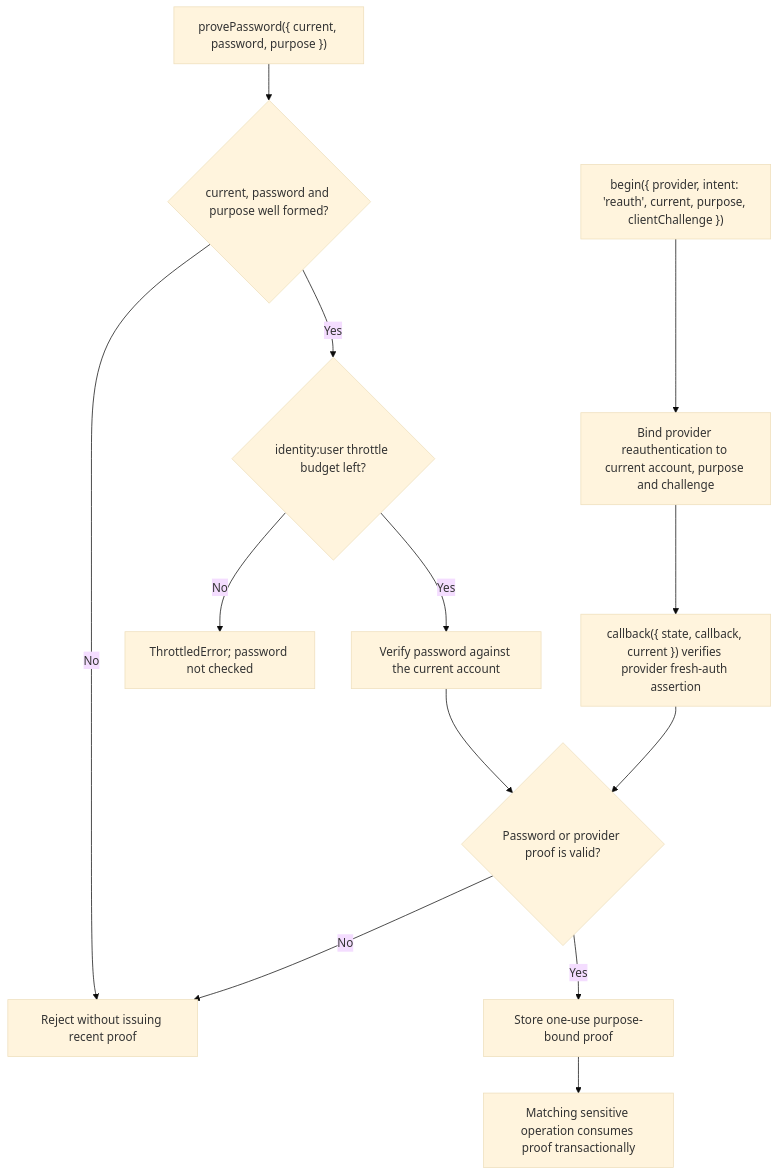
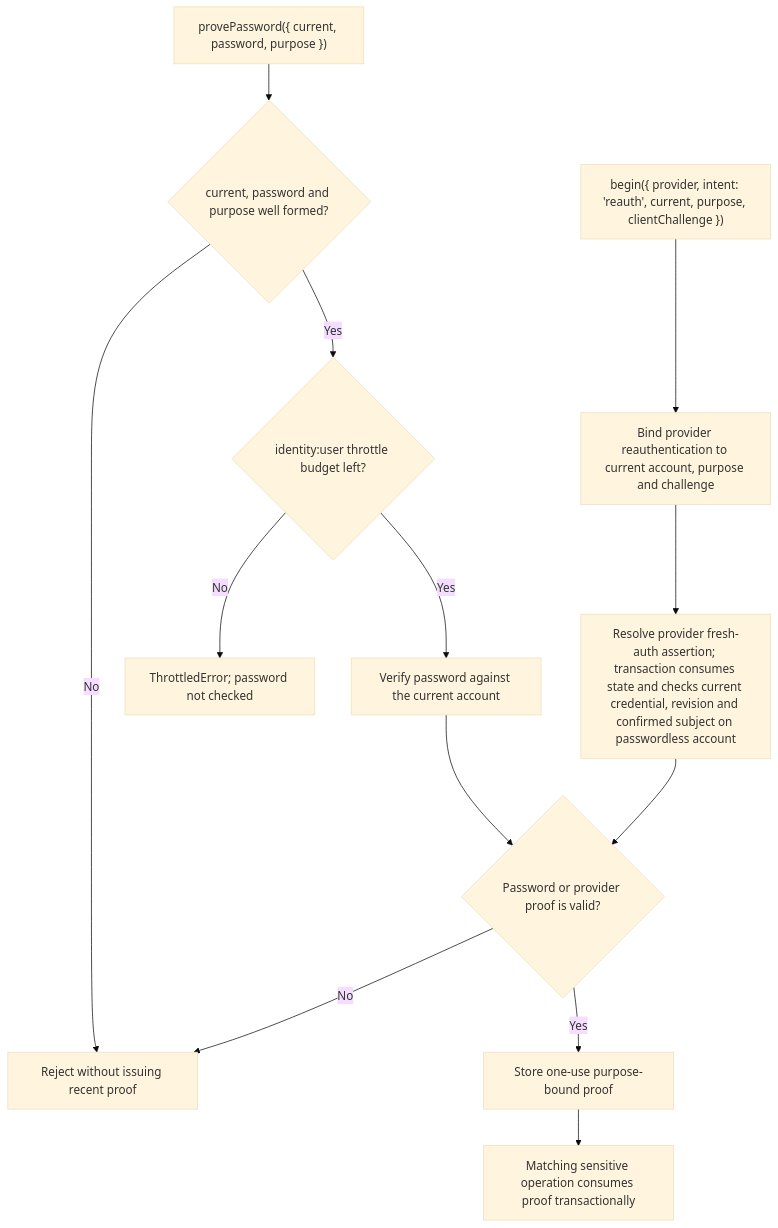
One commit to Kevinjohn/oss-adonisjs-account-kit changed the second of 2 diagrams in user-stories/US-ACCOUNT-23-prove-social-action.md. Above: the diagram before and after it, drawn with Mermaid (base theme). The commit also changed 43 other files, not shown here.

````diff
--- a/user-stories/US-ACCOUNT-23-prove-social-action.md
+++ b/user-stories/US-ACCOUNT-23-prove-social-action.md
@@ -36,15 +36,15 @@
 ```mermaid
 flowchart TD
  A["provePassword({ current, password, purpose })"] --> A1{"current, password and purpose well formed?"}
  A1 -->|No| F
  A1 -->|Yes| A3{"identity:user throttle budget left?"}
  A3 -->|No| A4["ThrottledError; password not checked"]
  A3 -->|Yes| B["Verify password against the current account"]
  A2["begin({ provider, intent: 'reauth', current, purpose, clientChallenge })"] --> C["Bind provider reauthentication to current account, purpose and challenge"]
- C --> D["callback({ state, callback, current }) verifies provider fresh-auth assertion"]
+ C --> D["Resolve provider fresh-auth assertion; transaction consumes state and checks current credential, revision and confirmed subject on passwordless account"]
  B --> E{"Password or provider proof is valid?"}
  D --> E
  E -->|No| F["Reject without issuing recent proof"]
  E -->|Yes| G["Store one-use purpose-bound proof"]
  G --> H["Matching sensitive operation consumes proof transactionally"]
 ```
````
